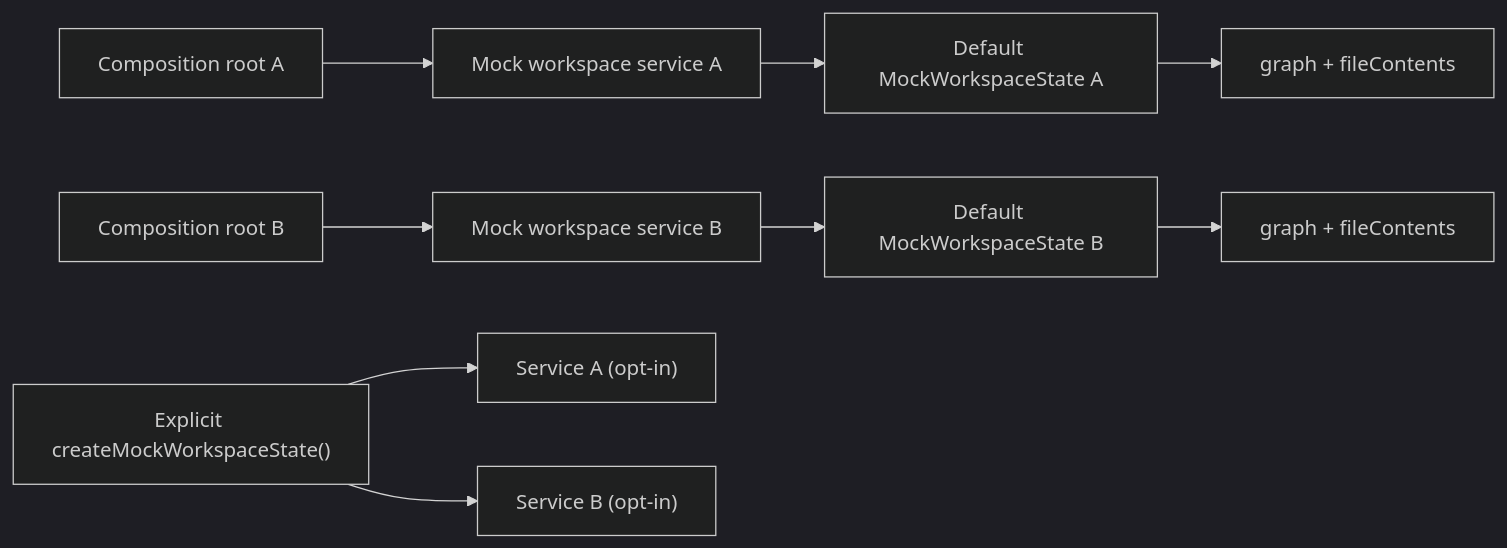
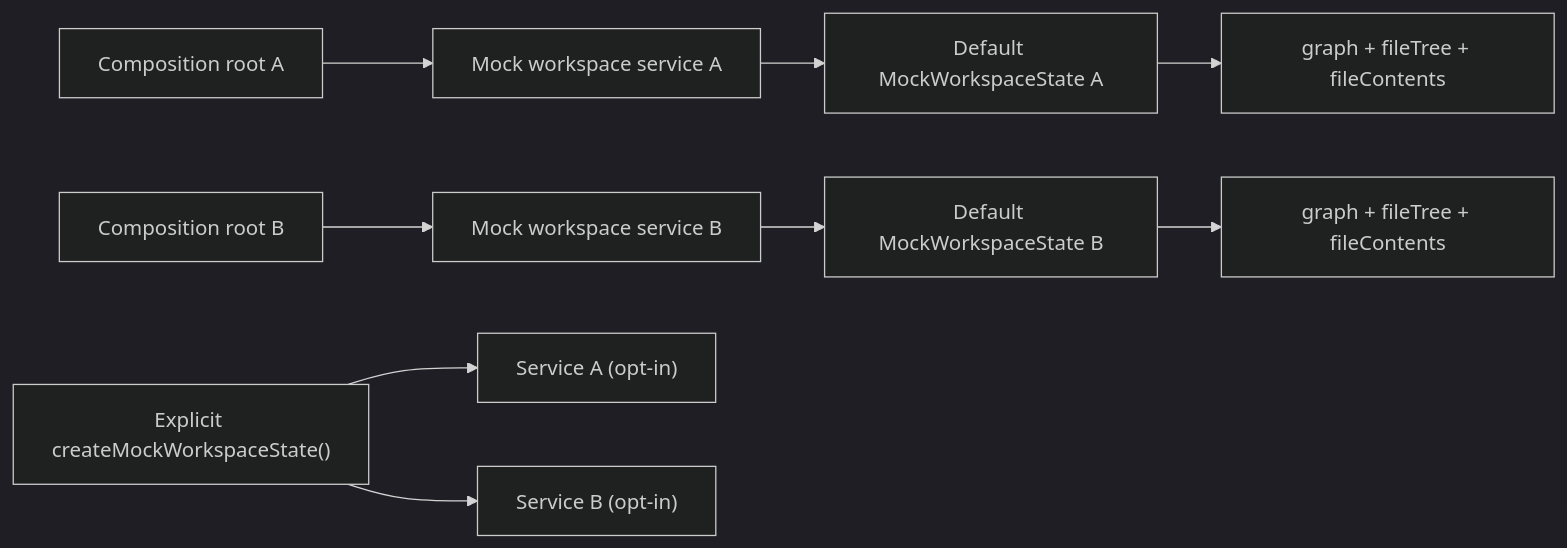
Before and after one commit to dunay2/dvt: the diagram in docs/planning/reviews/20260407-f04-risk-b-mock-workspace-isolation-hard-qa-review.md, drawn with Mermaid (dark theme). The commit also changed other lines of this file and 4 other files, not shown here.

````diff
--- a/docs/planning/reviews/20260407-f04-risk-b-mock-workspace-isolation-hard-qa-review.md
+++ b/docs/planning/reviews/20260407-f04-risk-b-mock-workspace-isolation-hard-qa-review.md
@@ -274,14 +279,14 @@
 ```mermaid
 flowchart LR
   RootA["Composition root A"] --> ServiceA["Mock workspace service A"]
   RootB["Composition root B"] --> ServiceB["Mock workspace service B"]
 
   ServiceA --> DefaultStateA["Default MockWorkspaceState A"]
   ServiceB --> DefaultStateB["Default MockWorkspaceState B"]
 
-  DefaultStateA --> GraphA["graph + fileContents"]
-  DefaultStateB --> GraphB["graph + fileContents"]
+  DefaultStateA --> GraphA["graph + fileTree + fileContents"]
+  DefaultStateB --> GraphB["graph + fileTree + fileContents"]
 
   Shared["Explicit createMockWorkspaceState()"] --> SharedA["Service A (opt-in)"]
   Shared --> SharedB["Service B (opt-in)"]
 ```
````
